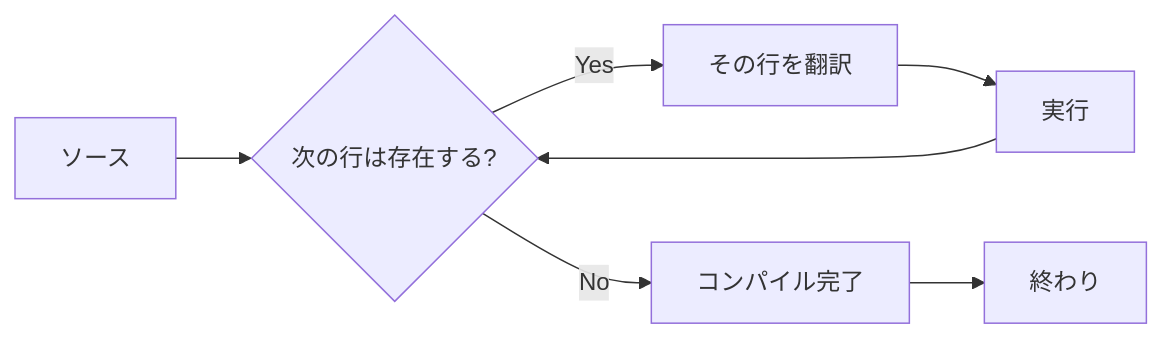
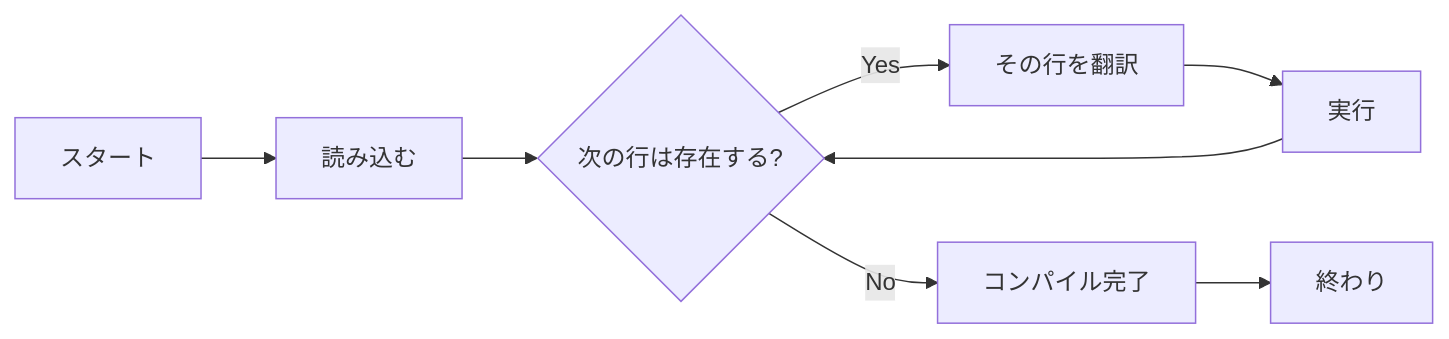
Before and after one commit to HEKUCHAN/VTA-Book: the diagram in docs/chapter-1/1.3.0-interpreter.md, drawn with Mermaid.

````diff
--- a/docs/chapter-1/1.3.0-interpreter.md
+++ b/docs/chapter-1/1.3.0-interpreter.md
@@ -4,9 +4,10 @@
 ``` mermaid
 graph LR
-  A[ソース] --> C{次の行は存在する?};
-  C -- Yes --> B[その行を翻訳];
-  B --> F[実行];
-  F --> C
-  C -- No --> D[コンパイル完了];
-  D --> E[終わり];
+  A[スタート] --> B[読み込む];
+  B --> C{次の行は存在する?};
+  C -- Yes --> D[その行を翻訳];
+  D --> E[実行];
+  E --> C
+  C -- No --> F[コンパイル完了];
+  F --> G[終わり];
 ```
````
